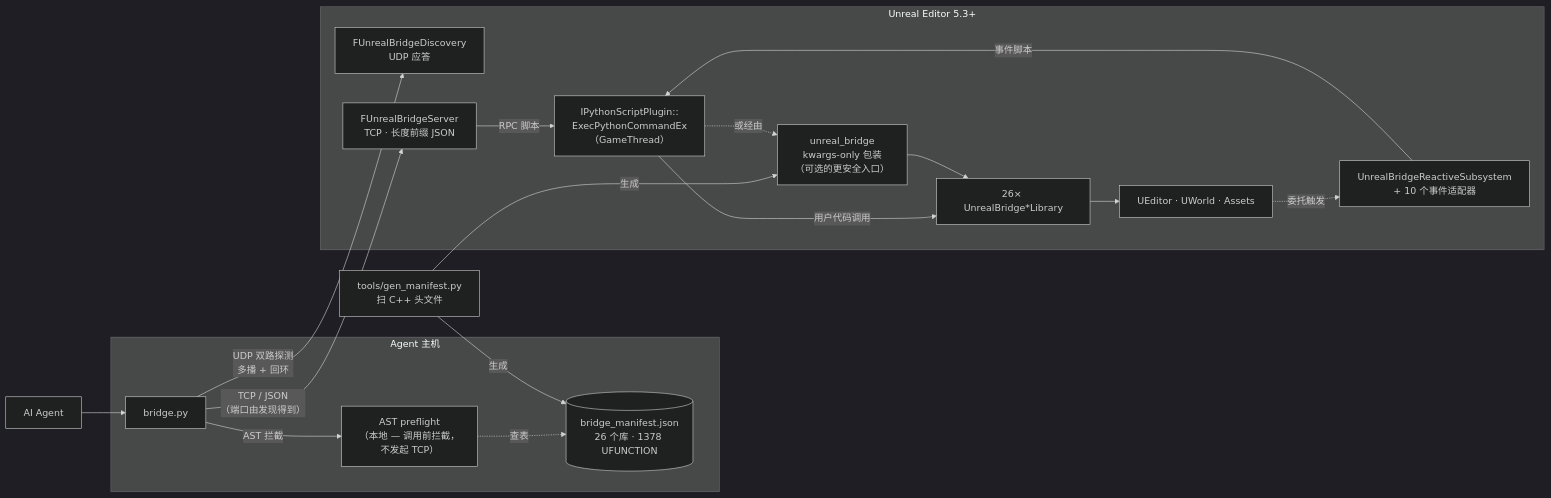
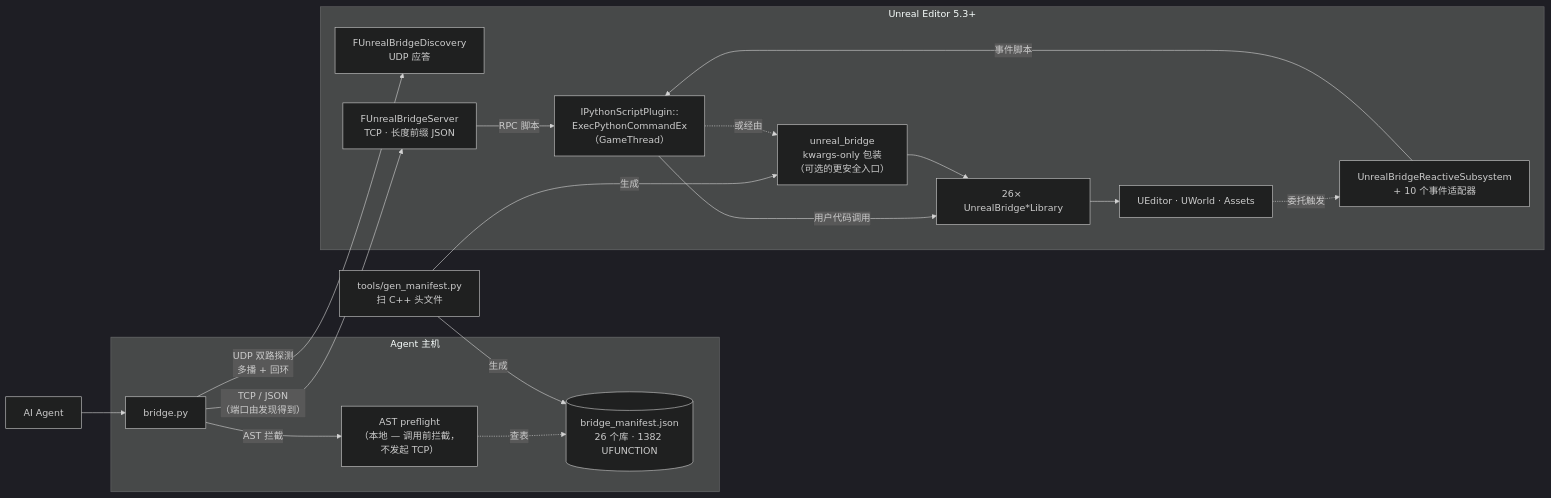
One commit to Tommy1213888/UnrealBridge changed the diagram in README.zh-CN.md. Above: the diagram before and after it, drawn with Mermaid (dark theme). The commit also changed other lines of this file and 9 other files, not shown here.

````diff
--- a/README.zh-CN.md
+++ b/README.zh-CN.md
@@ -43,40 +43,40 @@
 ```mermaid
 flowchart LR
     Agent["AI Agent"]
 
     subgraph Host["Agent 主机"]
       CLI["bridge.py"]
       Pre["AST preflight<br/>（本地 — 调用前拦截，<br/>不发起 TCP）"]
-      Mani[("bridge_manifest.json<br/>26 个库 · 1378 UFUNCTION")]
+      Mani[("bridge_manifest.json<br/>26 个库 · 1382 UFUNCTION")]
     end
 
     Gen["tools/gen_manifest.py<br/>扫 C++ 头文件"]
 
     subgraph UE["Unreal Editor 5.3+"]
       Disc["FUnrealBridgeDiscovery<br/>UDP 应答"]
       Server["FUnrealBridgeServer<br/>TCP · 长度前缀 JSON"]
       Reactive["UnrealBridgeReactiveSubsystem<br/>+ 10 个事件适配器"]
       Exec["IPythonScriptPlugin::<br/>ExecPythonCommandEx<br/>（GameThread）"]
       Wrap["unreal_bridge<br/>kwargs-only 包装<br/>（可选的更安全入口）"]
       Libs["26× UnrealBridge*Library"]
       Engine["UEditor · UWorld · Assets"]
     end
 
     Agent --> CLI
     CLI -- "AST 拦截" --> Pre
     Pre -. "查表" .-> Mani
 
     Gen -- "生成" --> Mani
     Gen -- "生成" --> Wrap
 
     CLI -- "UDP 双路探测<br/>多播 + 回环" --> Disc
     CLI -- "TCP / JSON<br/>（端口由发现得到）" --> Server
     Server -- "RPC 脚本" --> Exec
     Engine -. "委托触发" .-> Reactive
     Reactive -- "事件脚本" --> Exec
 
     Exec -- "用户代码调用" --> Libs
     Exec -. "或经由" .-> Wrap
     Wrap --> Libs
     Libs --> Engine
 ```
````
